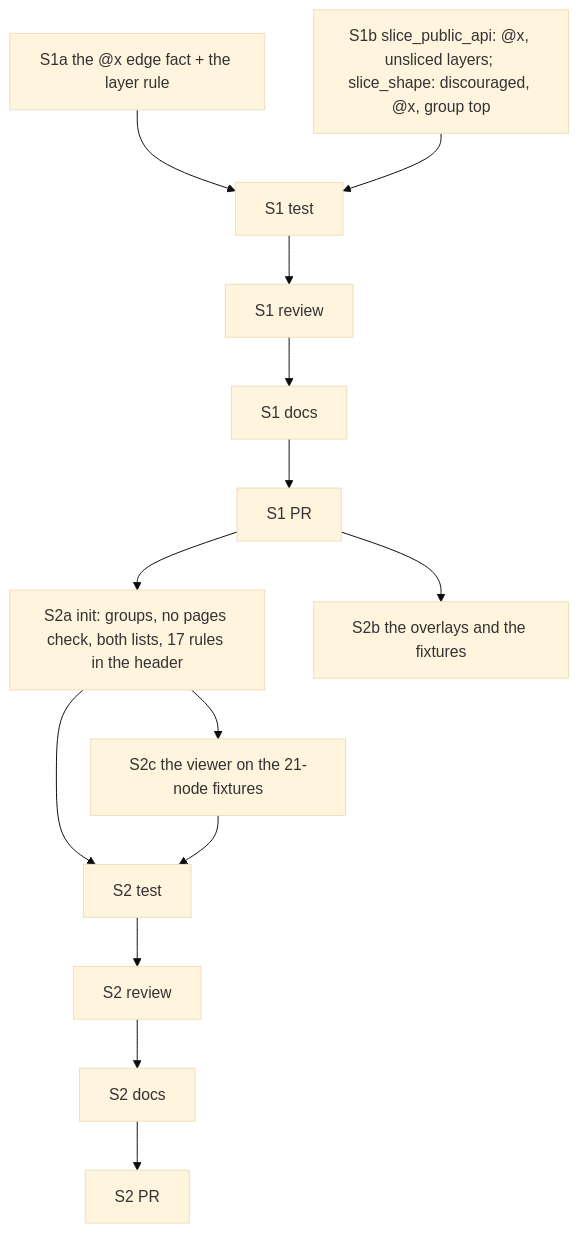
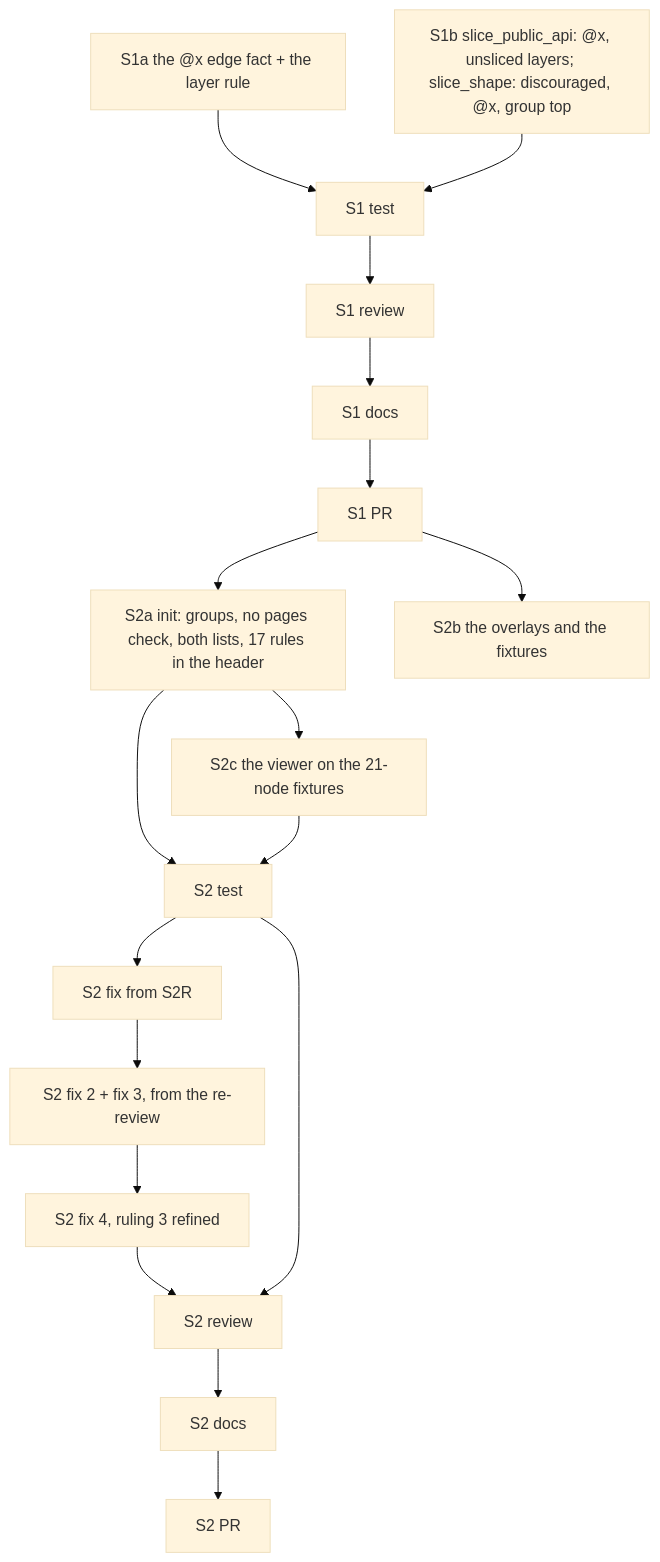
Before and after one commit to zoologov/beadloom: the diagram in .claude/development/docs/features/BDL-082/PLAN.md, drawn with Mermaid (base theme). The commit also changed other lines of this file and 3 other files, not shown here.

````diff
--- a/.claude/development/docs/features/BDL-082/PLAN.md
+++ b/.claude/development/docs/features/BDL-082/PLAN.md
@@ -17,12 +17,16 @@
 ```mermaid
 graph TD
     S1a[S1a the @x edge fact + the layer rule] --> S1T[S1 test]
     S1b[S1b slice_public_api: @x, unsliced layers; slice_shape: discouraged, @x, group top] --> S1T
     S1T --> S1R[S1 review] --> S1W[S1 docs] --> S1P[S1 PR]
     S1P --> S2a[S2a init: groups, no pages check, both lists, 17 rules in the header]
     S1P --> S2b[S2b the overlays and the fixtures]
     S2a --> S2T[S2 test]
     S2a --> S2c[S2c the viewer on the 21-node fixtures]
     S2c --> S2T
+    S2T --> S2fix[S2 fix from S2R]
+    S2fix --> S2fix2[S2 fix 2 + fix 3, from the re-review]
+    S2fix2 --> S2fix4[S2 fix 4, ruling 3 refined]
+    S2fix4 --> S2R
     S2T --> S2R[S2 review] --> S2W[S2 docs] --> S2P[S2 PR]
 ```
````
